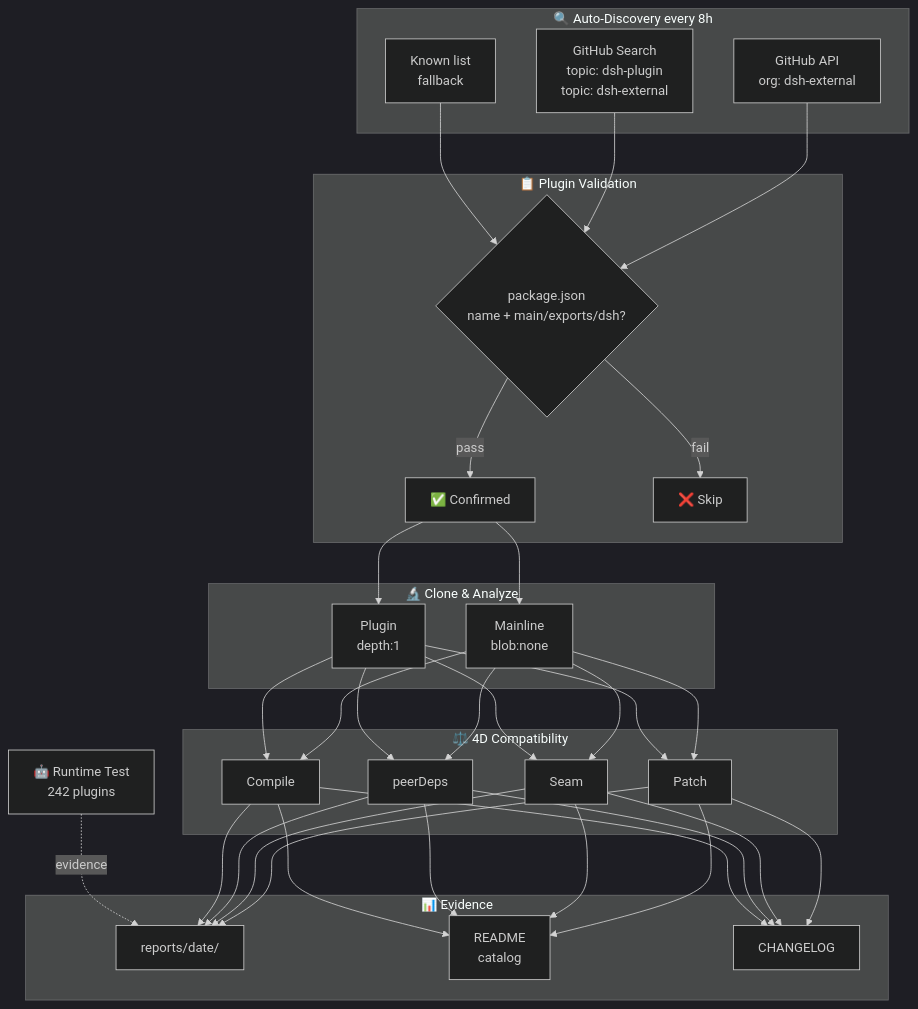
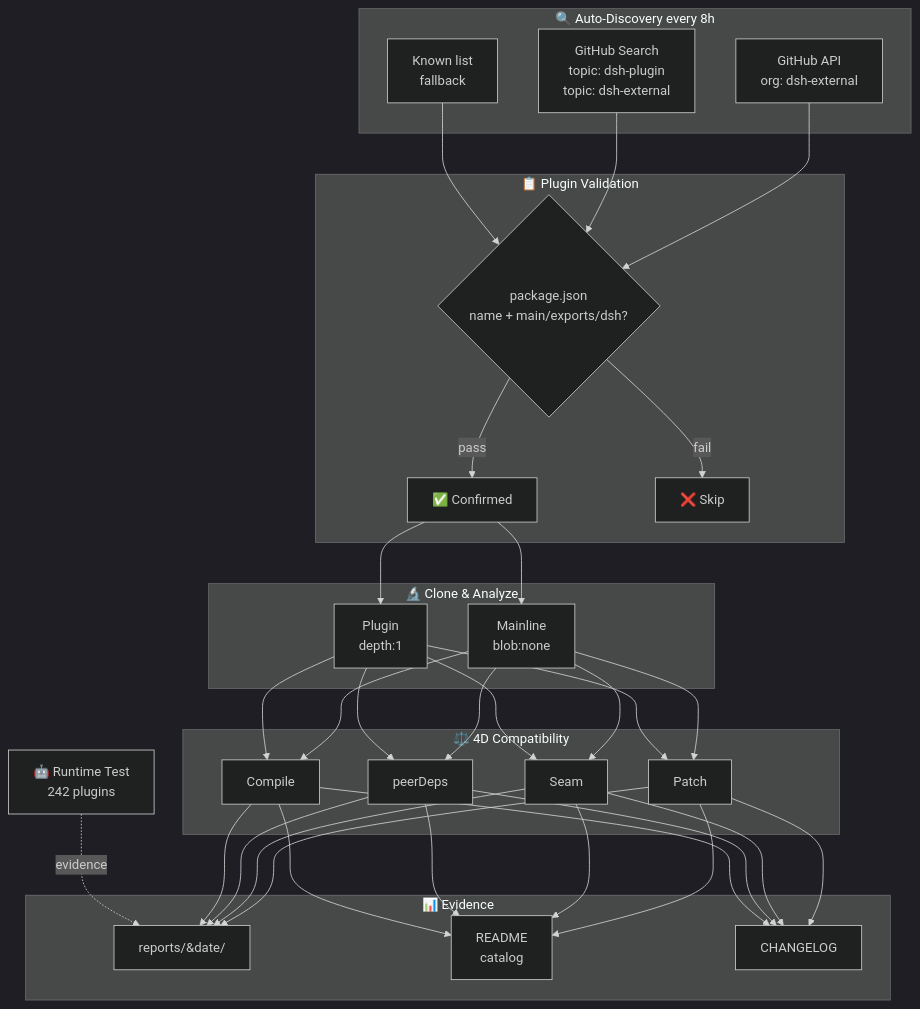
The diagram in README.en-US.md (AdamPlatin123/awesome-dsh-plugins), drawn with Mermaid (dark theme) before and after one commit. The commit also changed other lines of this file and 2 other files, not shown here.

````diff
--- a/README.en-US.md
+++ b/README.en-US.md
@@ -16,36 +16,36 @@
 ```mermaid
 graph TB
     subgraph Discovery["🔍 Auto-Discovery every 8h"]
-        A1["GitHub API<br/>org: dsh-external"]
-        A2["GitHub Search<br/>topic: dsh-plugin<br/>topic: dsh-external"]
-        A3["Known list<br/>fallback"]
+        A1[GitHub API<br/>org: dsh-external]
+        A2[GitHub Search<br/>topic: dsh-plugin<br/>topic: dsh-external]
+        A3[Known list<br/>fallback]
     end
     subgraph Validation["📋 Plugin Validation"]
-        B1{"package.json<br/>name + main/exports/dsh?"}
-        B1 -->|pass| B2["✅ Confirmed"]
-        B1 -->|fail| B3["❌ Skip"]
+        B1{package.json<br/>name + main/exports/dsh?}
+        B1 -->|pass| B2[✅ Confirmed]
+        B1 -->|fail| B3[❌ Skip]
     end
     subgraph Analysis["🔬 Clone & Analyze"]
-        C1["Mainline<br/>blob:none"]
-        C2["Plugin<br/>depth:1"]
+        C1[Mainline<br/>blob:none]
+        C2[Plugin<br/>depth:1]
     end
     subgraph Compat["⚖️ 4D Compatibility"]
         D1[Patch]
         D2[Seam]
         D3[peerDeps]
         D4[Compile]
     end
     subgraph Output["📊 Evidence"]
-        E1["reports/date/"]
-        E2["README<br/>catalog"]
+        E1[reports/&#8203;date/]
+        E2[README<br/>catalog]
         E3[CHANGELOG]
     end
-    RT["🤖 Runtime Test<br/>242 plugins"]
+    RT[🤖 Runtime Test<br/>242 plugins]
     A1 --> B1
     A2 --> B1
     A3 --> B1
     B2 --> C1 & C2
     C1 & C2 --> D1 & D2 & D3 & D4
     D1 & D2 & D3 & D4 --> E1 & E2 & E3
     RT -.->|evidence| E1
 ```
````
